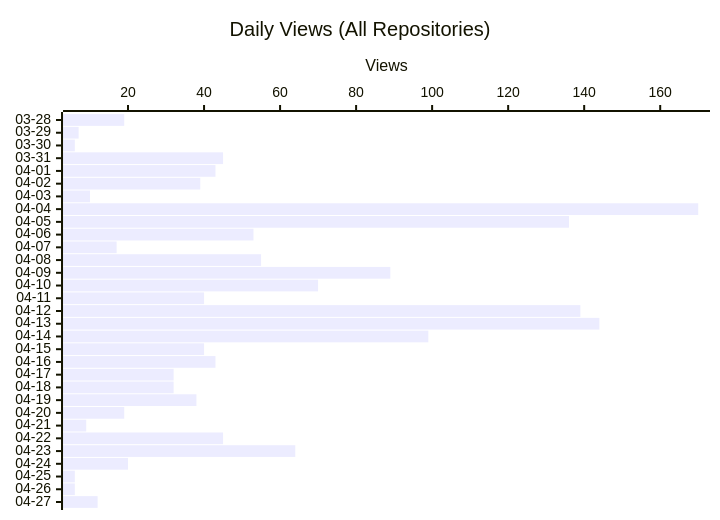
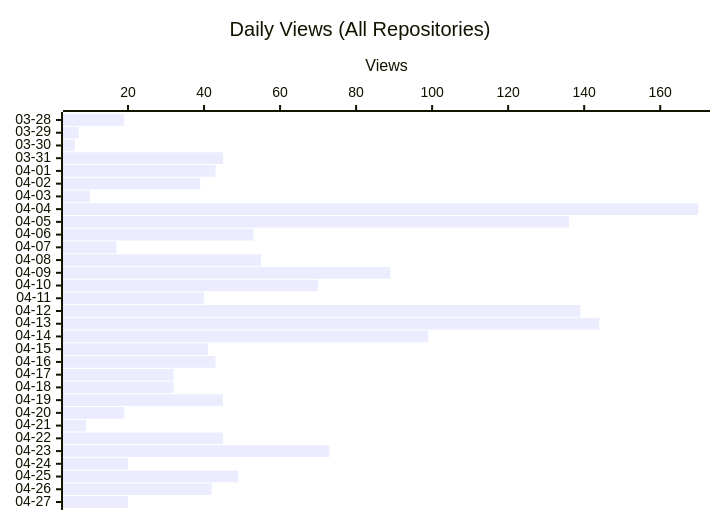
One commit to shigechika/github-insights changed the second of 3 diagrams in README.md. Above: the diagram before and after it, drawn with Mermaid. The commit also changed other lines of this file and 2 other files, not shown here.

````diff
--- a/README.md
+++ b/README.md
@@ -26,7 +26,7 @@
 ```mermaid
 xychart-beta horizontal
     title "Daily Views (All Repositories)"
     x-axis ["03-28", "03-29", "03-30", "03-31", "04-01", "04-02", "04-03", "04-04", "04-05", "04-06", "04-07", "04-08", "04-09", "04-10", "04-11", "04-12", "04-13", "04-14", "04-15", "04-16", "04-17", "04-18", "04-19", "04-20", "04-21", "04-22", "04-23", "04-24", "04-25", "04-26", "04-27"]
     y-axis "Views"
-    bar [19, 7, 6, 45, 43, 39, 10, 170, 136, 53, 17, 55, 89, 70, 40, 139, 144, 99, 40, 43, 32, 32, 38, 19, 9, 45, 64, 20, 6, 6, 12]
+    bar [19, 7, 6, 45, 43, 39, 10, 170, 136, 53, 17, 55, 89, 70, 40, 139, 144, 99, 41, 43, 32, 32, 45, 19, 9, 45, 73, 20, 49, 42, 20]
 ```
````
